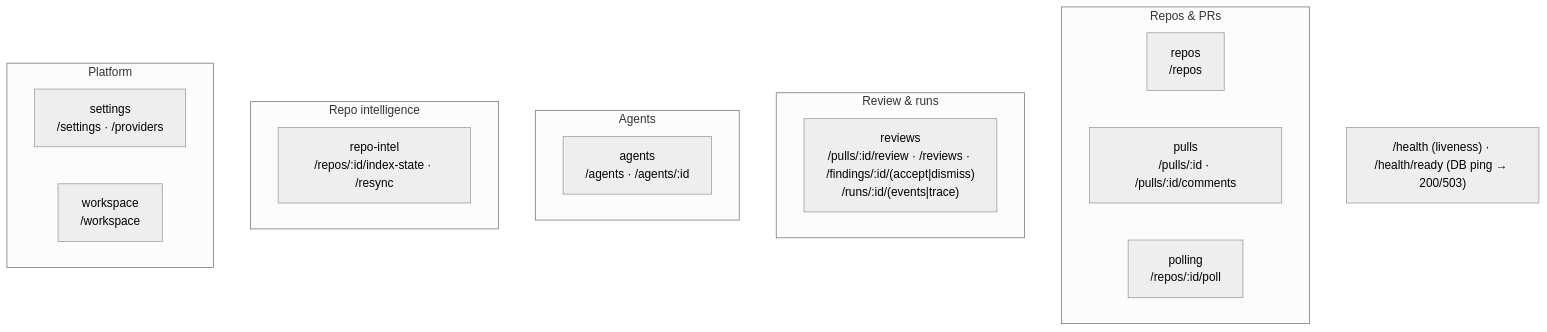
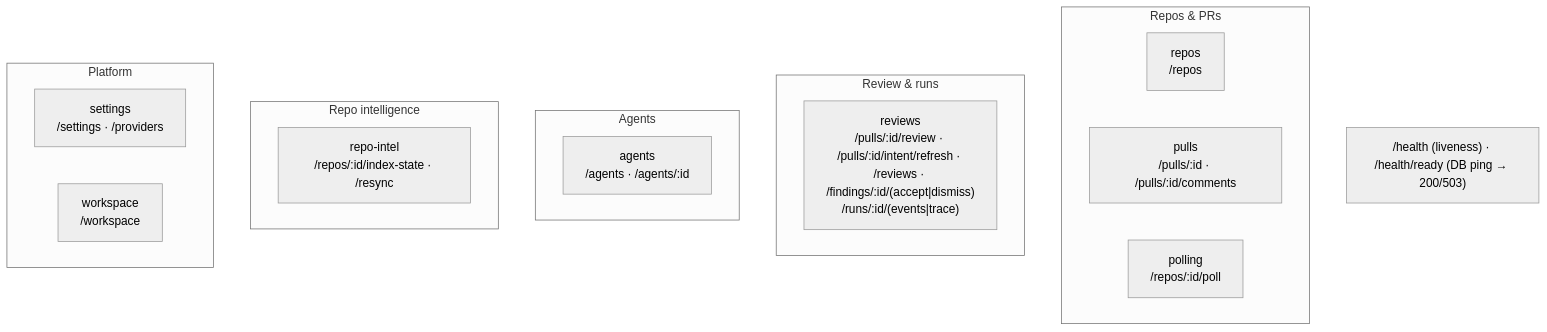
Before and after one commit to viptech/dev-digest: the second of 2 diagrams in server/README.md, drawn with Mermaid (neutral theme). The commit also changed 23 other files, not shown here.

````diff
--- a/server/README.md
+++ b/server/README.md
@@ -64,22 +64,22 @@
 ```mermaid
 flowchart TB
   subgraph Repos_PRs["Repos & PRs"]
     repos["repos<br/>/repos"]
     pulls["pulls<br/>/pulls/:id · /pulls/:id/comments"]
     polling["polling<br/>/repos/:id/poll"]
   end
   subgraph Review["Review & runs"]
-    reviews["reviews<br/>/pulls/:id/review · /reviews · /findings/:id/(accept|dismiss)<br/>/runs/:id/(events|trace)"]
+    reviews["reviews<br/>/pulls/:id/review · /pulls/:id/intent/refresh · /reviews · /findings/:id/(accept|dismiss)<br/>/runs/:id/(events|trace)"]
   end
   subgraph Agents["Agents"]
     agents["agents<br/>/agents · /agents/:id"]
   end
   subgraph Intel["Repo intelligence"]
     repoIntel["repo-intel<br/>/repos/:id/index-state · /resync"]
   end
   subgraph Platform["Platform"]
     settings["settings<br/>/settings · /providers"]
     workspace["workspace<br/>/workspace"]
   end
   HEALTH["/health (liveness) · /health/ready (DB ping → 200/503)"]
 ```
````
